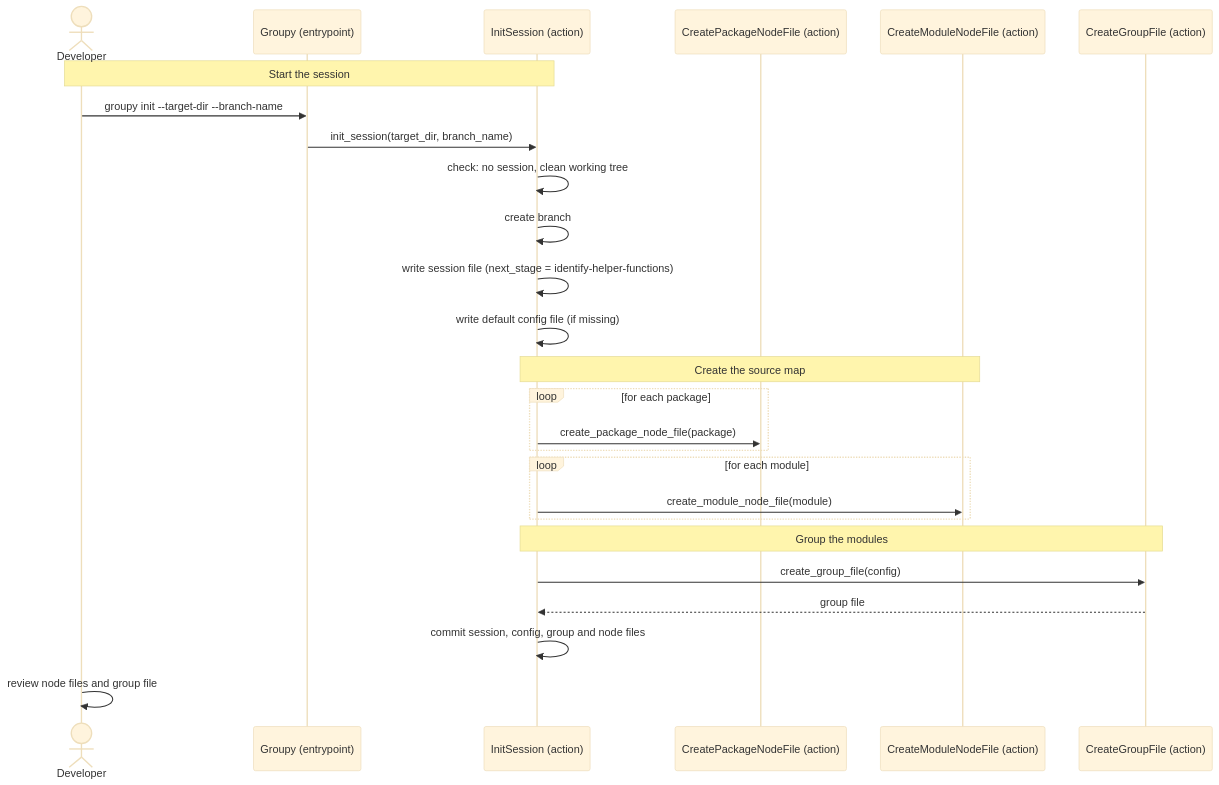
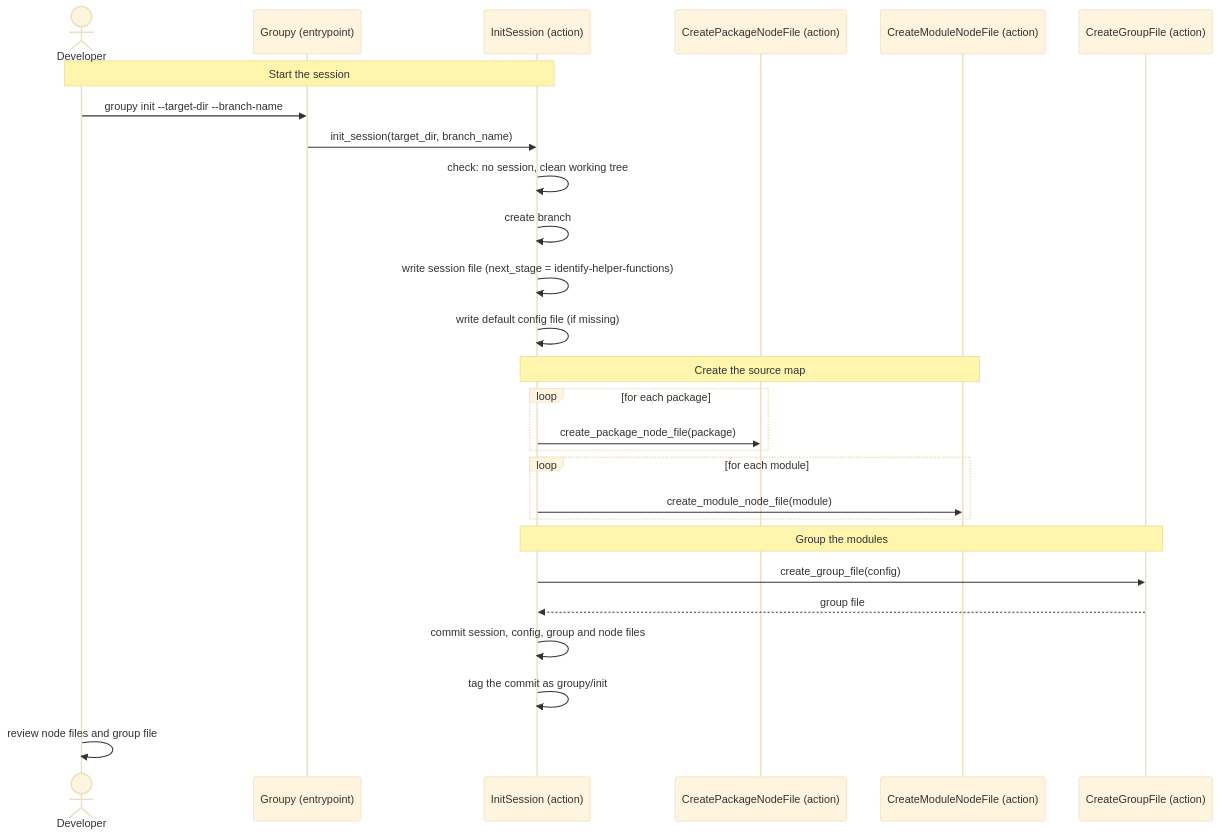
The diagram in doc/spec/scenarios/s01_a_developer_starts_a_session.md (mnieber/groupy), drawn with Mermaid (base theme) before and after one commit. The commit also changed other lines of this file and 6 other files, not shown here.

````diff
--- a/doc/spec/scenarios/s01_a_developer_starts_a_session.md
+++ b/doc/spec/scenarios/s01_a_developer_starts_a_session.md
@@ -86,32 +87,33 @@
 ```mermaid
 sequenceDiagram
     actor Developer
     participant Groupy as Groupy (entrypoint)
     participant InitSession as InitSession (action)
     participant CreatePackageNodeFile as CreatePackageNodeFile (action)
     participant CreateModuleNodeFile as CreateModuleNodeFile (action)
     participant CreateGroupFile as CreateGroupFile (action)
 
     Note over Developer,InitSession: Start the session
     Developer->>Groupy: groupy init --target-dir --branch-name
     Groupy->>InitSession: init_session(target_dir, branch_name)
     InitSession->>InitSession: check: no session, clean working tree
     InitSession->>InitSession: create branch
     InitSession->>InitSession: write session file (next_stage = identify-helper-functions)
     InitSession->>InitSession: write default config file (if missing)
 
     Note over InitSession,CreateModuleNodeFile: Create the source map
     loop for each package
         InitSession->>CreatePackageNodeFile: create_package_node_file(package)
     end
     loop for each module
         InitSession->>CreateModuleNodeFile: create_module_node_file(module)
     end
 
     Note over InitSession,CreateGroupFile: Group the modules
     InitSession->>CreateGroupFile: create_group_file(config)
     CreateGroupFile-->>InitSession: group file
 
     InitSession->>InitSession: commit session, config, group and node files
+    InitSession->>InitSession: tag the commit as groupy/init
     Developer->>Developer: review node files and group file
 ```
````
